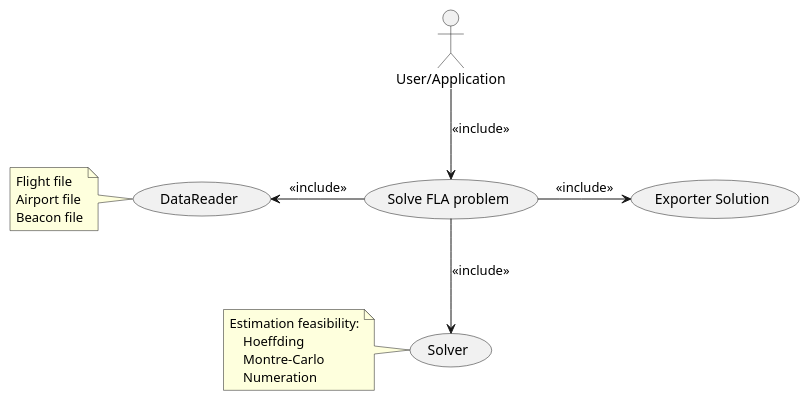
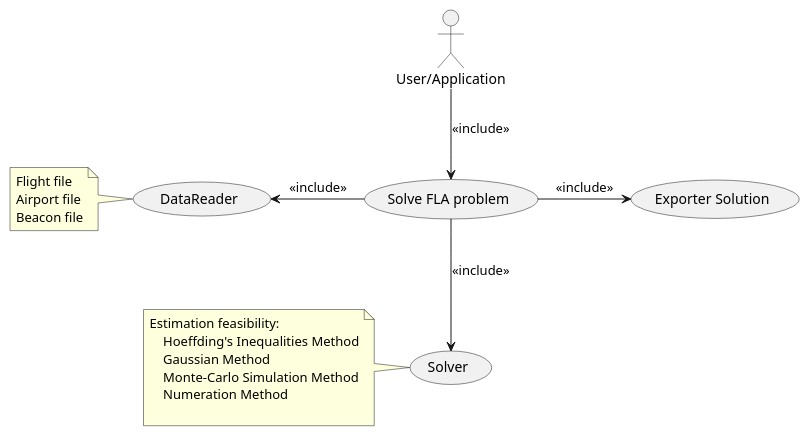
The diagram in uml/UseCaseDiagram_RobustFLA.puml (martinWANG2014/RobustFLA), drawn with PlantUML before and after one commit. The commit also changed 14 other files, not shown here.

```diff
--- a/uml/UseCaseDiagram_RobustFLA.puml
+++ b/uml/UseCaseDiagram_RobustFLA.puml
@@ -1,18 +1,20 @@
 @startuml
 :User/Application: as User
 User --> (Solve FLA problem):<<include>>
 (Solve FLA problem) -l-> (DataReader):<<include>>
 note left of (DataReader)
 Flight file
 Airport file
 Beacon file
 end note
 (Solve FLA problem) --> (Solver):<<include>>
 note left of (Solver)
 Estimation feasibility:
-    Hoeffding
-    Montre-Carlo
-    Numeration
+    Hoeffding's Inequalities Method
+    Gaussian Method
+    Monte-Carlo Simulation Method
+    Numeration Method
+
 end note
 (Solve FLA problem) -r-> (Exporter Solution):<<include>>
 @enduml
```
